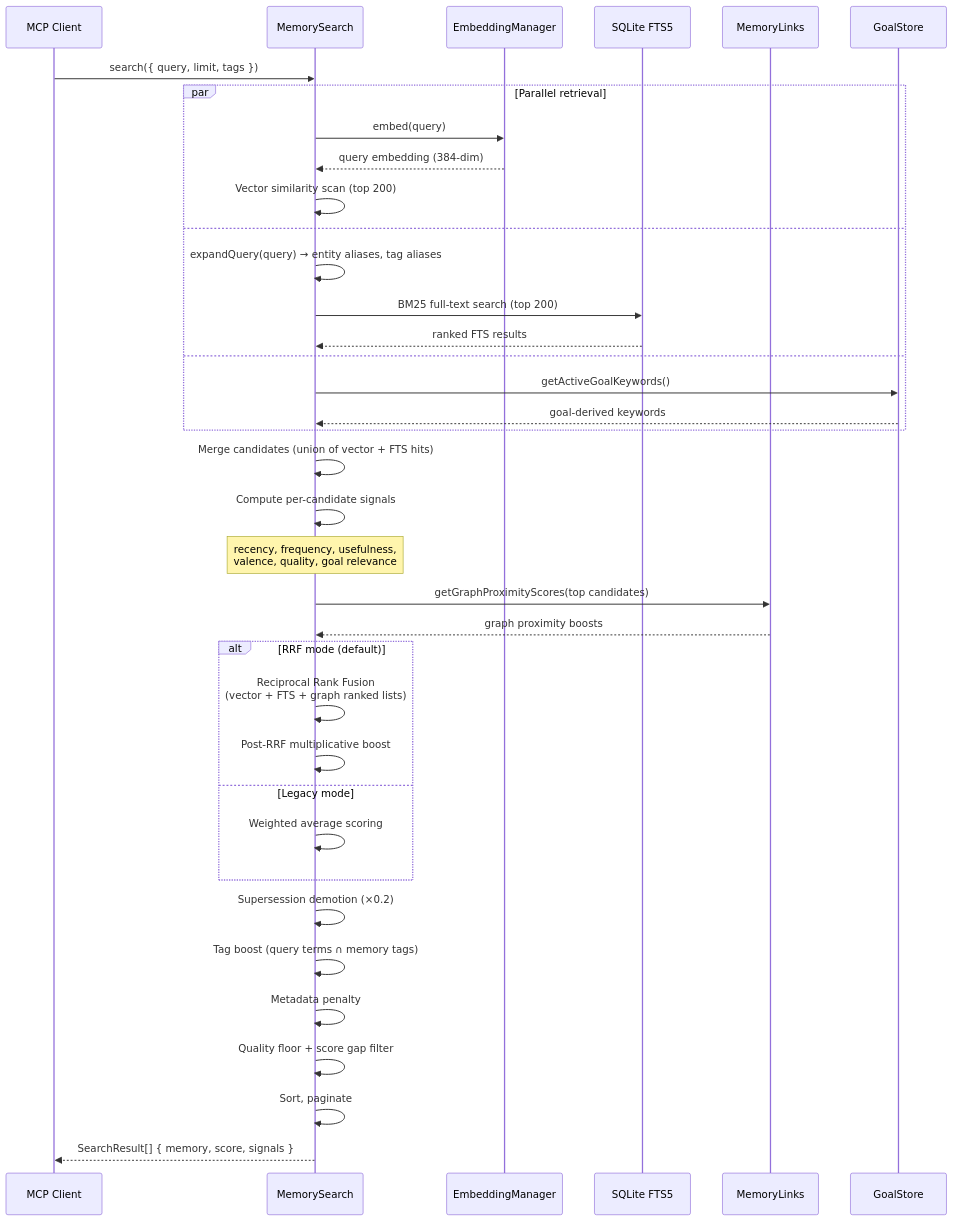
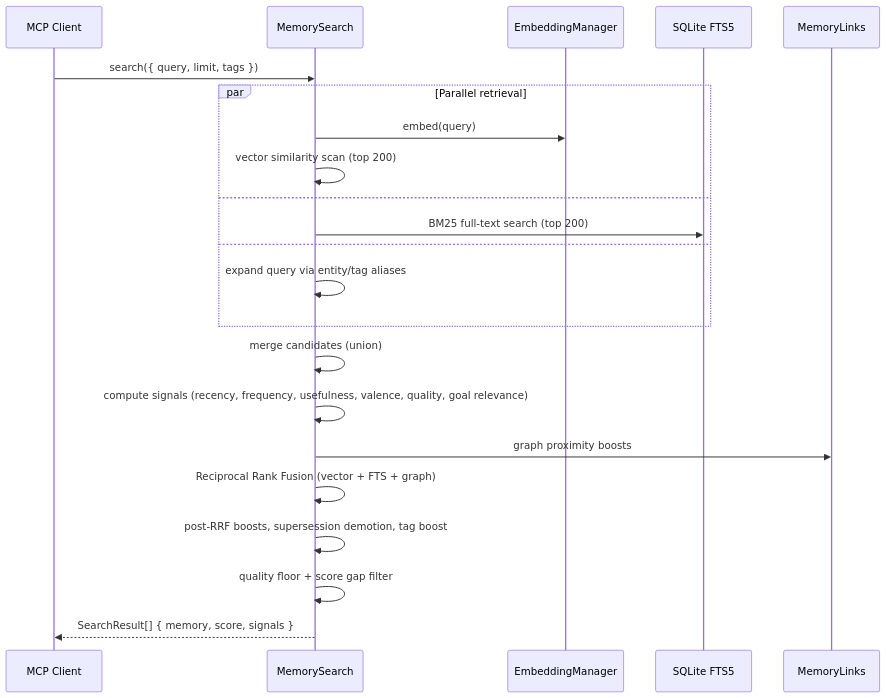
Before and after one commit to shawnhack/exocortex: the second of 2 diagrams in ARCHITECTURE.md, drawn with Mermaid. The commit also changed other lines of this file, not shown here.

First line of the commit message:
docs: simplify architecture diagrams

````diff
--- a/ARCHITECTURE.md
+++ b/ARCHITECTURE.md
@@ -183,47 +73,29 @@
 ```mermaid
 sequenceDiagram
     participant Client as MCP Client
     participant Search as MemorySearch
     participant Embed as EmbeddingManager
     participant FTS as SQLite FTS5
     participant Graph as MemoryLinks
-    participant Goals as GoalStore
 
     Client->>Search: search({ query, limit, tags })
 
     par Parallel retrieval
         Search->>Embed: embed(query)
-        Embed-->>Search: query embedding (384-dim)
-        Search->>Search: Vector similarity scan (top 200)
+        Search->>Search: vector similarity scan (top 200)
     and
-        Search->>Search: expandQuery(query) → entity aliases, tag aliases
         Search->>FTS: BM25 full-text search (top 200)
-        FTS-->>Search: ranked FTS results
     and
-        Search->>Goals: getActiveGoalKeywords()
-        Goals-->>Search: goal-derived keywords
+        Search->>Search: expand query via entity/tag aliases
     end
 
-    Search->>Search: Merge candidates (union of vector + FTS hits)
+    Search->>Search: merge candidates (union)
+    Search->>Search: compute signals (recency, frequency, usefulness, valence, quality, goal relevance)
+    Search->>Graph: graph proximity boosts
 
-    Search->>Search: Compute per-candidate signals
-    Note over Search: recency, frequency, usefulness,<br/>valence, quality, goal relevance
-
-    Search->>Graph: getGraphProximityScores(top candidates)
-    Graph-->>Search: graph proximity boosts
-
-    alt RRF mode (default)
-        Search->>Search: Reciprocal Rank Fusion<br/>(vector + FTS + graph ranked lists)
-        Search->>Search: Post-RRF multiplicative boost
-    else Legacy mode
-        Search->>Search: Weighted average scoring
-    end
-
-    Search->>Search: Supersession demotion (×0.2)
-    Search->>Search: Tag boost (query terms ∩ memory tags)
-    Search->>Search: Metadata penalty
-    Search->>Search: Quality floor + score gap filter
-    Search->>Search: Sort, paginate
+    Search->>Search: Reciprocal Rank Fusion (vector + FTS + graph)
+    Search->>Search: post-RRF boosts, supersession demotion, tag boost
+    Search->>Search: quality floor + score gap filter
 
     Search-->>Client: SearchResult[] { memory, score, signals }
 ```
````
